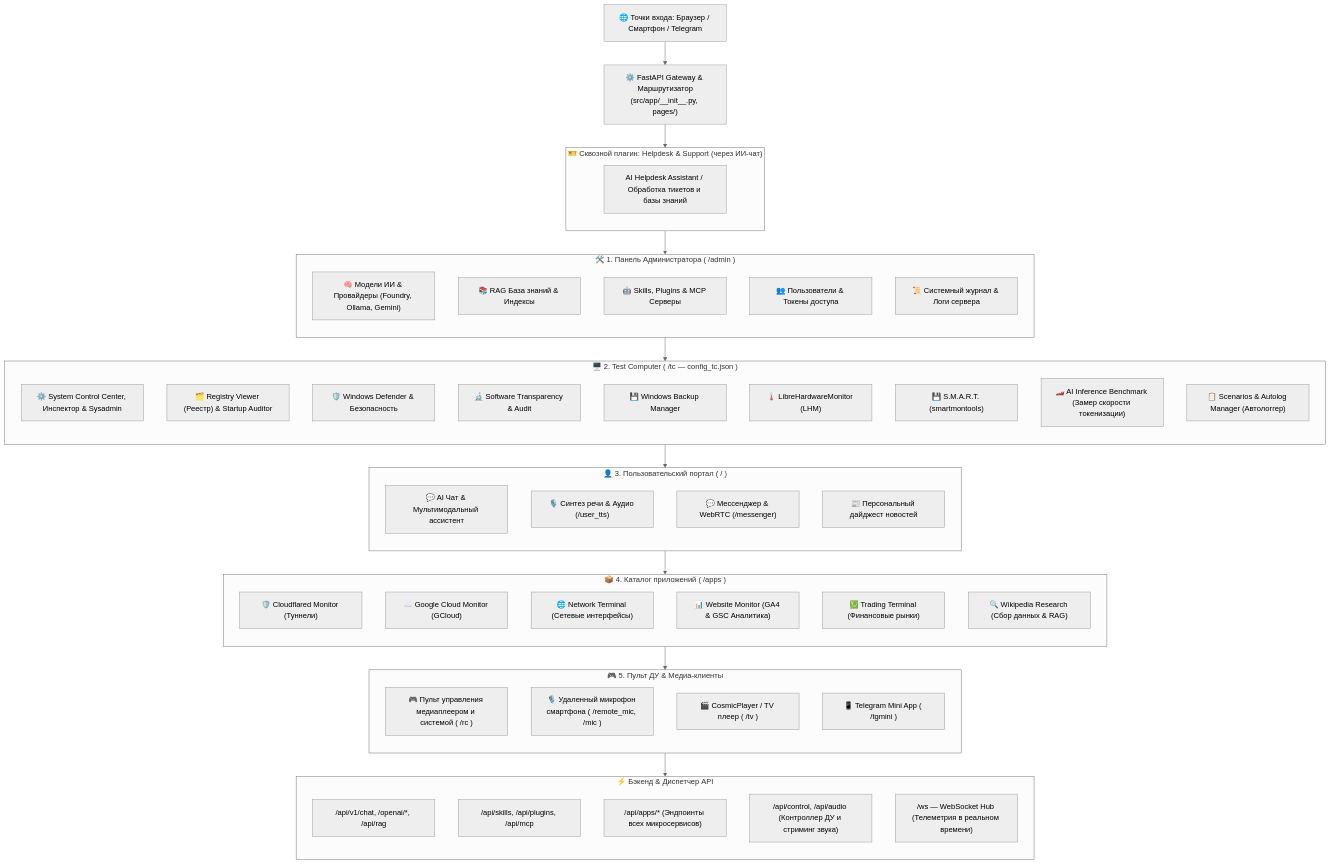
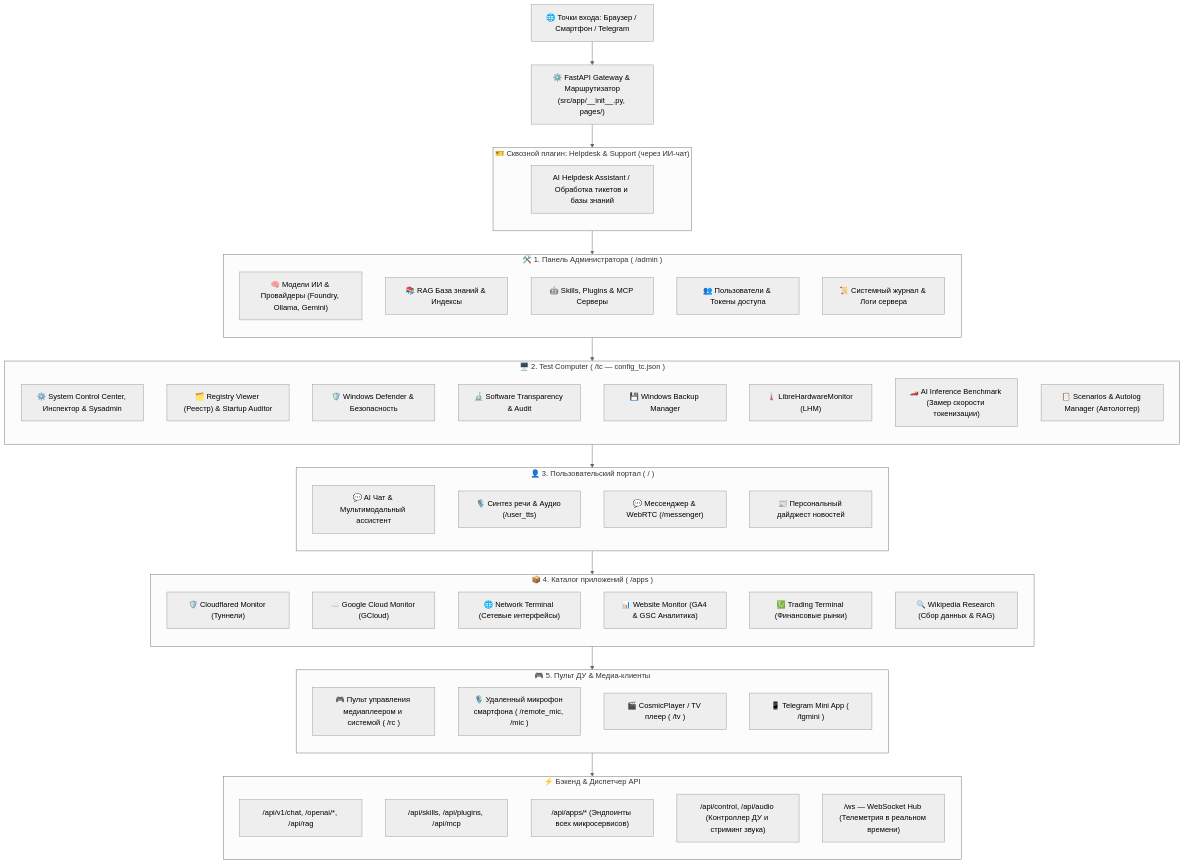
The diagram in docs/ru/manual/web_interfaces.md (hypo69/AI-Breadboard), drawn with Mermaid (neutral theme) before and after one commit. The commit also changed other lines of this file and 86 other files, not shown here.

````diff
--- a/docs/ru/manual/web_interfaces.md
+++ b/docs/ru/manual/web_interfaces.md
@@ -21,82 +21,81 @@
 ```mermaid
 flowchart TD
     %% 1. Клиенты
     Клиенты["🌐 Точки входа: Браузер / Смартфон / Telegram"]
     --> Шлюз["⚙️ FastAPI Gateway & Маршрутизатор\n(src/app/__init__.py, pages/)"]
 
     %% 2. Сквозной Helpdesk
     Шлюз --> CrossLayer
     subgraph CrossLayer["🎫 Сквозной плагин: Helpdesk & Support (через ИИ-чат)"]
         direction TB
         HD["AI Helpdesk Assistant / Обработка тикетов и базы знаний"]
     end
 
     %% 3. [1] Панель Администратора
     CrossLayer --> Админ
     subgraph Админ["🛠️ 1. Панель Администратора ( /admin )"]
         direction TB
         A1["🧠 Модели ИИ & Провайдеры (Foundry, Ollama, Gemini)"]
         A2["📚 RAG База знаний & Индексы"]
         A3["🤖 Skills, Plugins & MCP Серверы"]
         A4["👥 Пользователи & Токены доступа"]
         A5["📜 Системный журнал & Логи сервера"]
     end
 
     %% 4. [2] Test Computer
     Админ --> TC
     subgraph TC["🖥️ 2. Test Computer ( /tc — config_tc.json )"]
         direction TB
         W1["⚙️ System Control Center, Инспектор & Sysadmin"]
         W2["🗂️ Registry Viewer (Реестр) & Startup Auditor"]
         W3["🛡️ Windows Defender & Безопасность"]
         W4["🔬 Software Transparency & Audit"]
         W5["💾 Windows Backup Manager"]
         H1["🌡️ LibreHardwareMonitor (LHM)"]
-        H2["💾 S.M.A.R.T. (smartmontools)"]
         H3["🏎️ AI Inference Benchmark (Замер скорости токенизации)"]
         H4["📋 Scenarios & Autolog Manager (Автологгер)"]
     end
 
     %% 5. [3] Пользовательский портал
     TC --> Пользователь
     subgraph Пользователь["👤 3. Пользовательский портал ( / )"]
         direction TB
         U1["💬 AI Чат & Мультимодальный ассистент"]
         U2["🎙️ Синтез речи & Аудио (/user_tts)"]
         U3["💬 Мессенджер & WebRTC (/messenger)"]
         U4["📰 Персональный дайджест новостей"]
     end
 
     %% 6. [4] Каталог приложений
     Пользователь --> Apps
     subgraph Apps["📦 4. Каталог приложений ( /apps )"]
         direction TB
         AC1["🛡️ Cloudflared Monitor (Туннели)"]
         AC2["☁️ Google Cloud Monitor (GCloud)"]
         AC3["🌐 Network Terminal (Сетевые интерфейсы)"]
         AB1["📊 Website Monitor (GA4 & GSC Аналитика)"]
         AB2["💹 Trading Terminal (Финансовые рынки)"]
         AB3["🔍 Wikipedia Research (Сбор данных & RAG)"]
     end
 
     %% 7. [5] Пульт ДУ и Медиа
     Apps --> МедиаRC
     subgraph МедиаRC["🎮 5. Пульт ДУ & Медиа-клиенты"]
         direction TB
         RC1["🎮 Пульт управления медиаплеером и системой ( /rc )"]
         RC2["🎙️ Удаленный микрофон смартфона ( /remote_mic, /mic )"]
         RC3["🎬 CosmicPlayer / TV плеер ( /tv )"]
         RC4["📱 Telegram Mini App ( /tgmini )"]
     end
 
     %% 8. Бэкенд
     МедиаRC --> Бэкенд
     subgraph Бэкенд["⚡ Бэкенд & Диспетчер API"]
         direction TB
         B1["/api/v1/chat, /openai/*, /api/rag"]
         B2["/api/skills, /api/plugins, /api/mcp"]
         B3["/api/apps/* (Эндпоинты всех микросервисов)"]
         B4["/api/control, /api/audio (Контроллер ДУ и стриминг звука)"]
         B5["/ws — WebSocket Hub (Телеметрия в реальном времени)"]
     end
 ```
````
